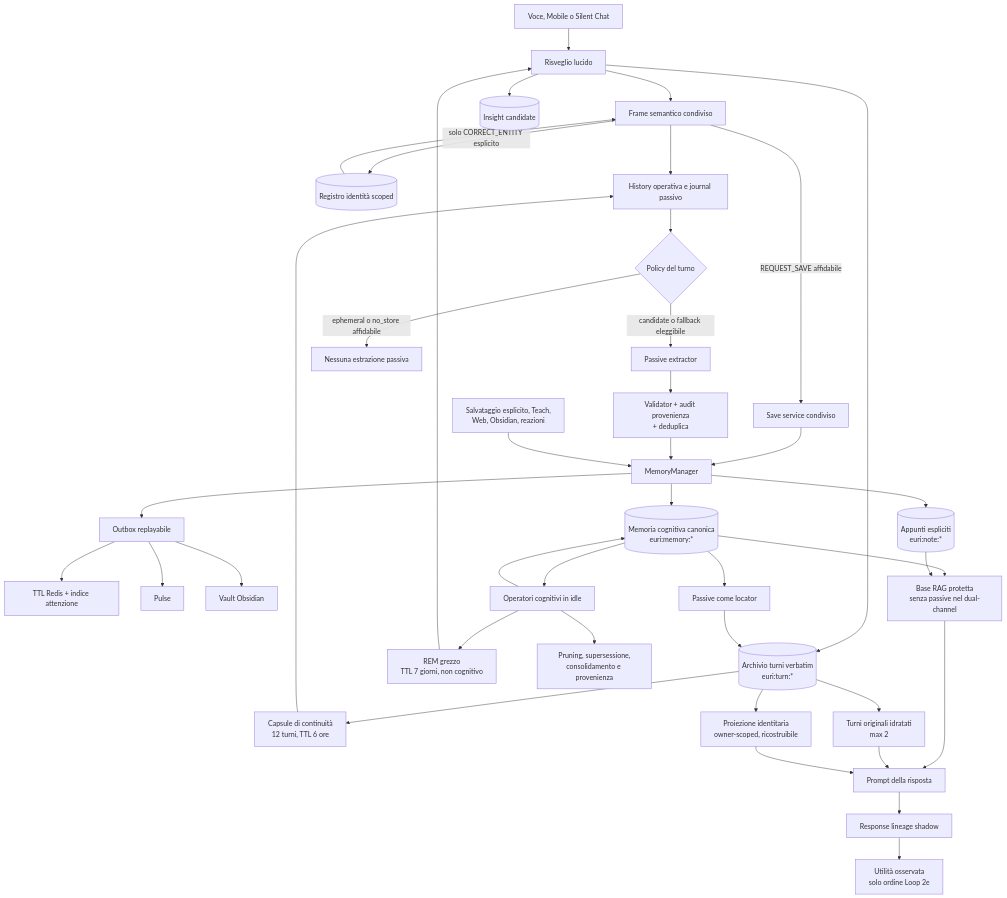
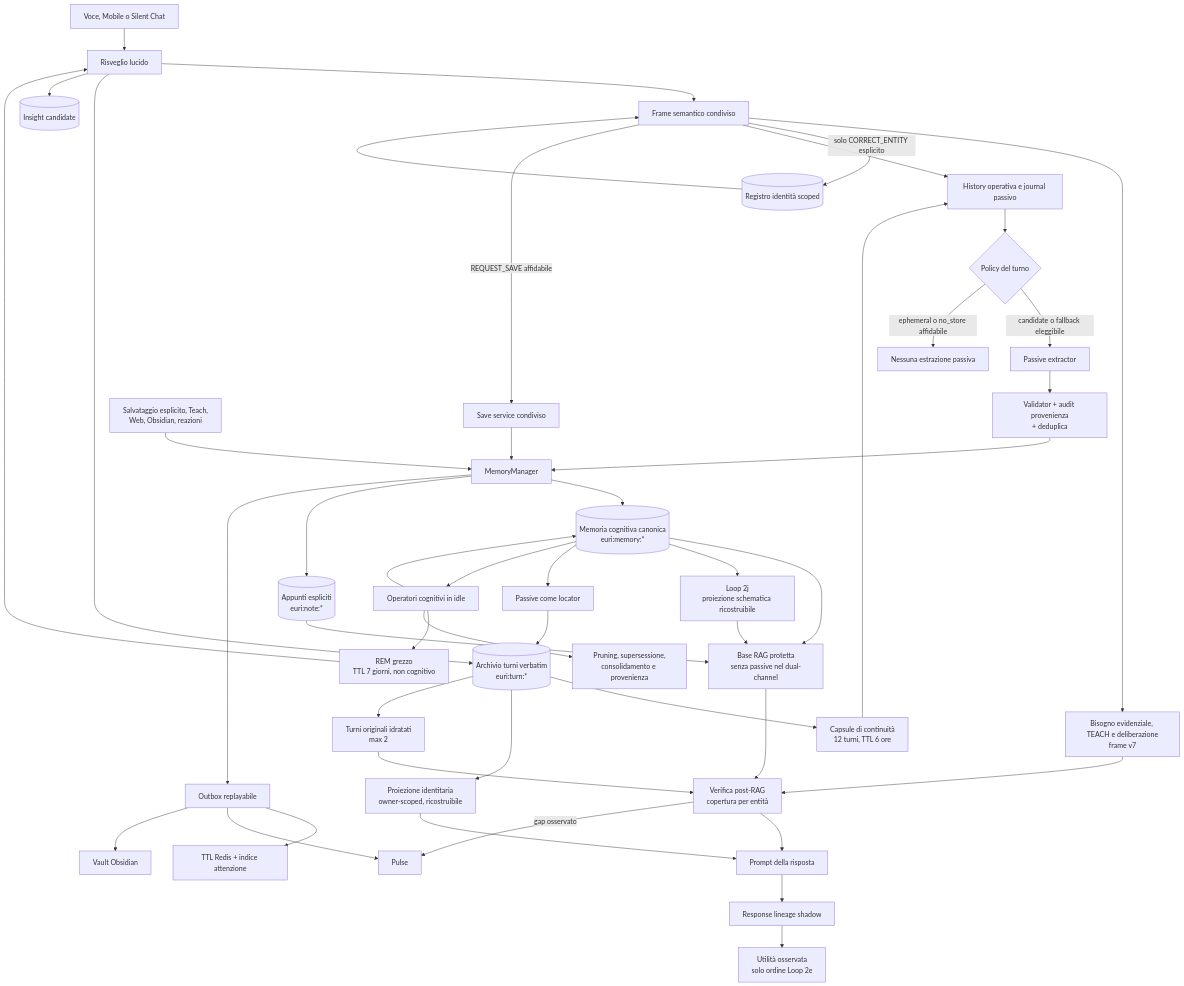
Before and after one commit to fioruccione/euri: the first of 4 diagrams in docs/EURI_MEMORY_ARCHITECTURE.md, drawn with Mermaid. The commit also changed other lines of this file and 51 other files, not shown here.

````diff
--- a/docs/EURI_MEMORY_ARCHITECTURE.md
+++ b/docs/EURI_MEMORY_ARCHITECTURE.md
@@ -30,45 +30,51 @@
 ```mermaid
 flowchart TB
     U[Voce, Mobile o Silent Chat] --> W[Whisper o testo raw]
     W --> S[Frame semantico condiviso]
+    S --> KN[Bisogno evidenziale, TEACH e deliberazione<br/>frame v7]
     W --> T[(Archivio turni verbatim<br/>euri:turn:*)]
     S -->|solo CORRECT_ENTITY esplicito| AR[(Registro identità scoped)]
     AR --> S
     S --> H[History operativa e journal passivo]
     S -->|REQUEST_SAVE affidabile| SV[Save service condiviso]
     SV --> M
     T --> C[Capsule di continuità<br/>12 turni, TTL 6 ore]
     C --> H
     T --> PM[Proiezione identitaria<br/>owner-scoped, ricostruibile]
 
     H --> P{Policy del turno}
     P -->|candidate o fallback eleggibile| E[Passive extractor]
     P -->|ephemeral o no_store affidabile| X[Nessuna estrazione passiva]
     E --> V[Validator + audit provenienza<br/>+ deduplica]
     V --> M[MemoryManager]
     A[Salvataggio esplicito, Teach,<br/>Web, Obsidian, reazioni] --> M
     M --> J[(Memoria cognitiva canonica<br/>euri:memory:*)]
     M --> N[(Appunti espliciti<br/>euri:note:*)]
     M --> O[Outbox replayabile]
     O --> TTL[TTL Redis + indice attenzione]
     O --> PU[Pulse]
     O --> OB[Vault Obsidian]
 
     J --> R[Base RAG protetta<br/>senza passive nel dual-channel]
+    J --> SJ[Loop 2j<br/>proiezione schematica ricostruibile]
+    SJ --> R
     N --> R
     J --> L[Passive come locator]
     L --> T
     T --> D[Turni originali idratati<br/>max 2]
-    R --> Q[Prompt della risposta]
-    D --> Q
+    R --> KG[Verifica post-RAG<br/>copertura per entità]
+    D --> KG
+    KN --> KG
+    KG --> Q[Prompt della risposta]
+    KG -->|gap osservato| PU
     PM --> Q
     Q --> RL[Response lineage shadow]
     RL --> UT[Utilità osservata<br/>solo ordine Loop 2e]
 
     J --> DR[Operatori cognitivi in idle]
     DR --> J
     DR --> REM[REM grezzo<br/>TTL 7 giorni, non cognitivo]
     REM --> W[Risveglio lucido]
     W --> I[(Insight candidate)]
     DR --> PR[Pruning, supersessione,<br/>consolidamento e provenienza]
 ```
````
